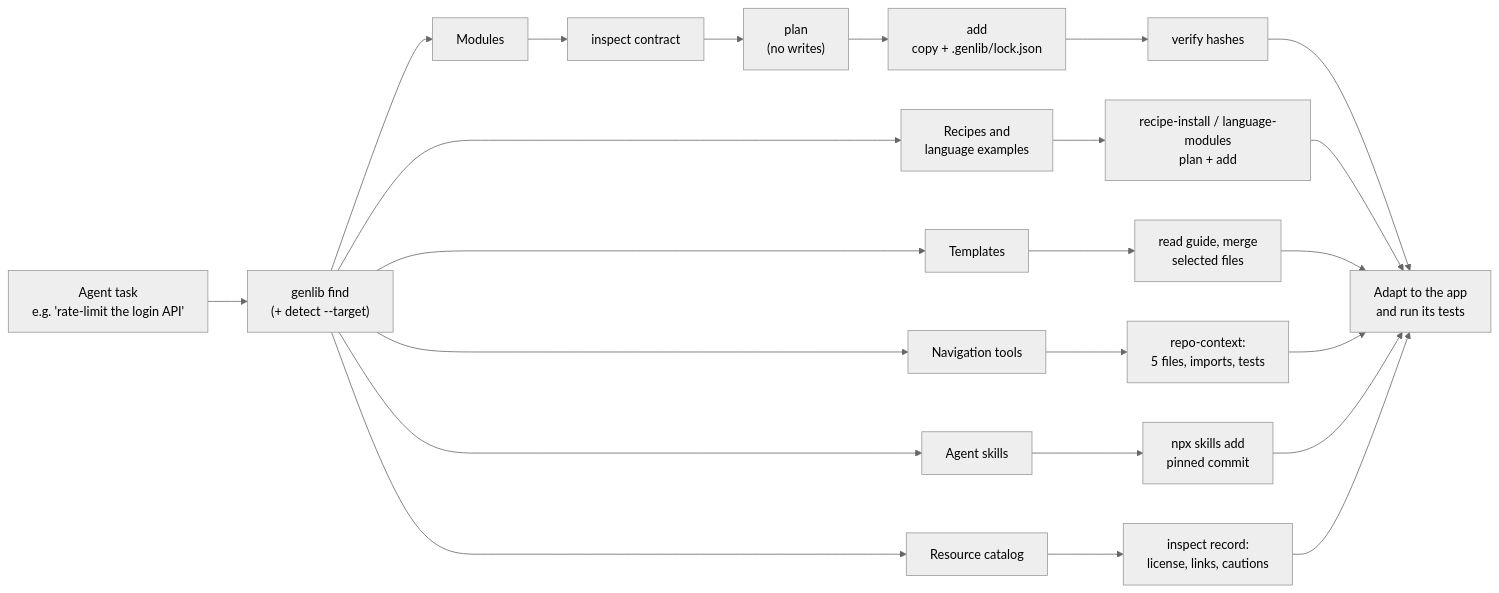
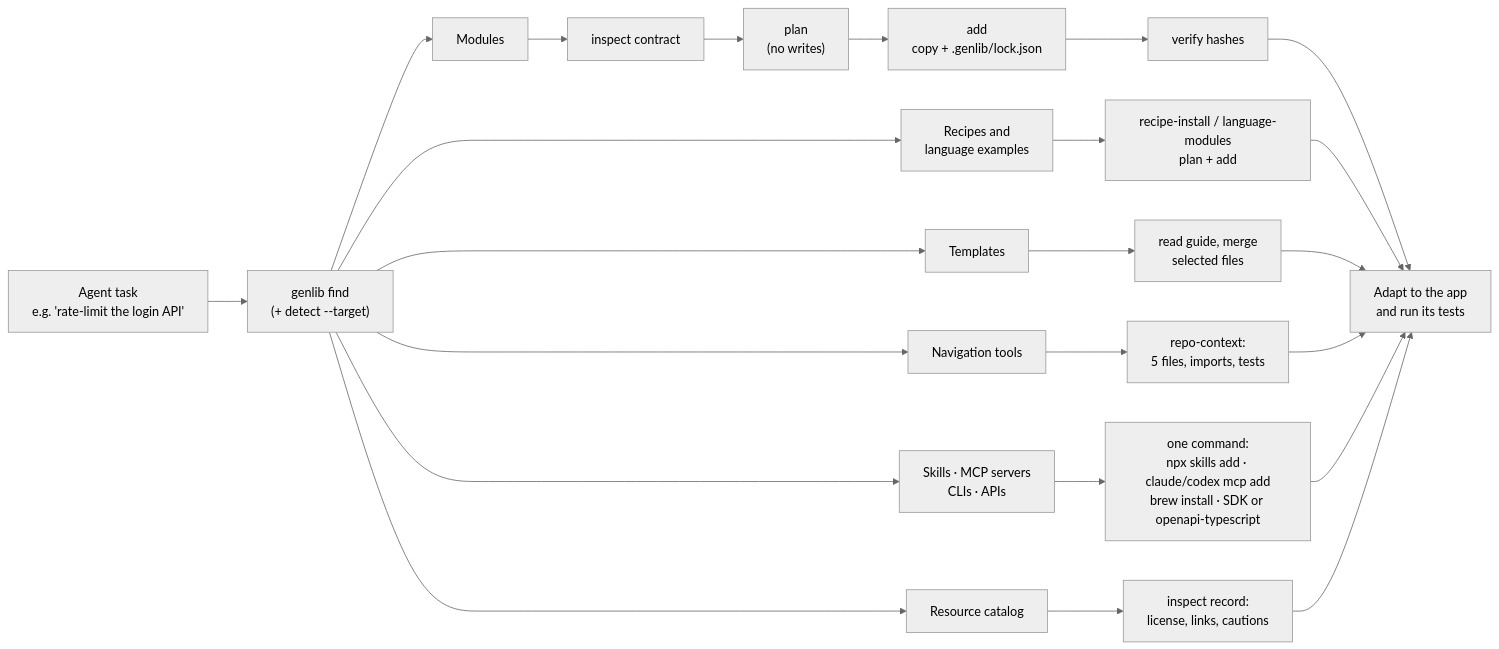
One commit to athompson83/genlib changed the diagram in README.md. Above: the diagram before and after it, drawn with Mermaid (neutral theme). The commit also changed other lines of this file and 14 other files, not shown here.

First line of the commit message:
WIP: CLI and API install indexes, MCP index pending download counts

````diff
--- a/README.md
+++ b/README.md
@@ -46,16 +46,16 @@
 ```mermaid
 flowchart LR
   Task["Agent task<br/>e.g. 'rate-limit the login API'"] --> Find["genlib find<br/>(+ detect --target)"]
   Find --> M["Modules"]
   Find --> R["Recipes and<br/>language examples"]
   Find --> T["Templates"]
   Find --> N["Navigation tools"]
-  Find --> S["Agent skills"]
+  Find --> S["Skills · MCP servers<br/>CLIs · APIs"]
   Find --> X["Resource catalog"]
   M --> Inspect["inspect contract"] --> Plan["plan<br/>(no writes)"] --> Add["add<br/>copy + .genlib/lock.json"] --> Verify["verify hashes"] --> App["Adapt to the app<br/>and run its tests"]
   R --> Copy["recipe-install / language-modules<br/>plan + add"] --> App
   T --> Merge["read guide, merge<br/>selected files"] --> App
   N --> Context["repo-context:<br/>5 files, imports, tests"] --> App
-  S --> SkillAdd["npx skills add<br/>pinned commit"] --> App
+  S --> SkillAdd["one command:<br/>npx skills add · claude/codex mcp add<br/>brew install · SDK or openapi-typescript"] --> App
   X --> Adopt["inspect record:<br/>license, links, cautions"] --> App
 ```
````
